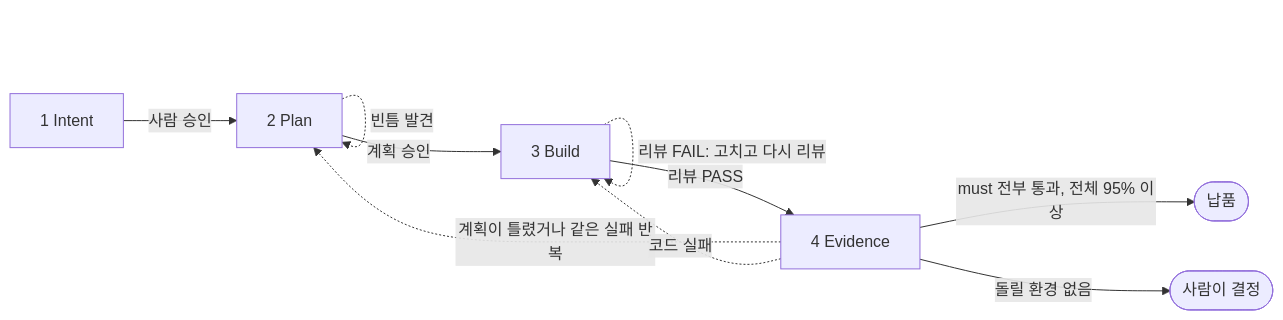
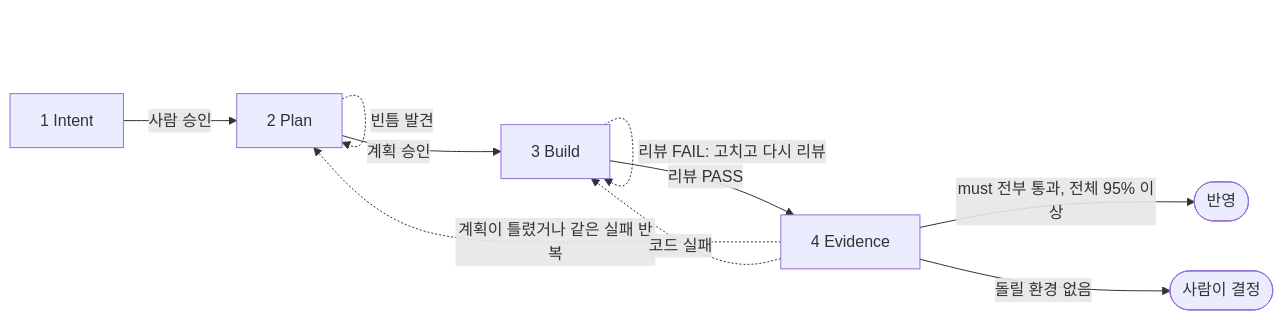
One commit to cskwork/sdlc-kit changed the diagram in README.ko.md. Above: the diagram before and after it, drawn with Mermaid. The commit also changed other lines of this file and 14 other files, not shown here.

````diff
--- a/README.ko.md
+++ b/README.ko.md
@@ -33,12 +33,12 @@
 ```mermaid
 flowchart LR
   I["1 Intent"] -->|사람 승인| P["2 Plan"]
   P -. 빈틈 발견 .-> P
   P -->|계획 승인| B["3 Build"]
   B -. 리뷰 FAIL: 고치고 다시 리뷰 .-> B
   B -->|리뷰 PASS| E["4 Evidence"]
   E -. 계획이 틀렸거나 같은 실패 반복 .-> P
   E -. 코드 실패 .-> B
-  E -->|must 전부 통과, 전체 95% 이상| D(["납품"])
+  E -->|must 전부 통과, 전체 95% 이상| D(["반영"])
   E -->|돌릴 환경 없음| H(["사람이 결정"])
 ```
````
